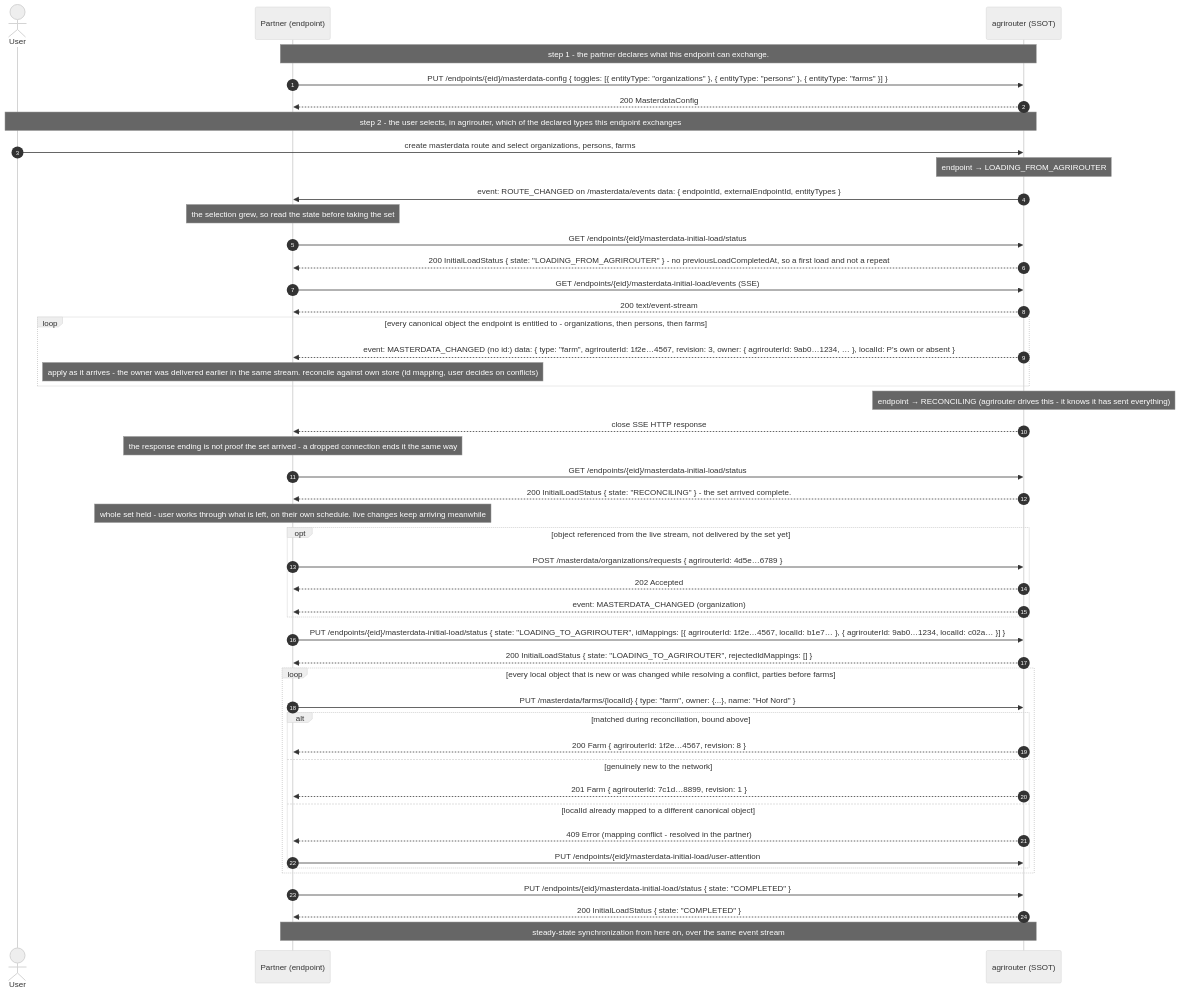
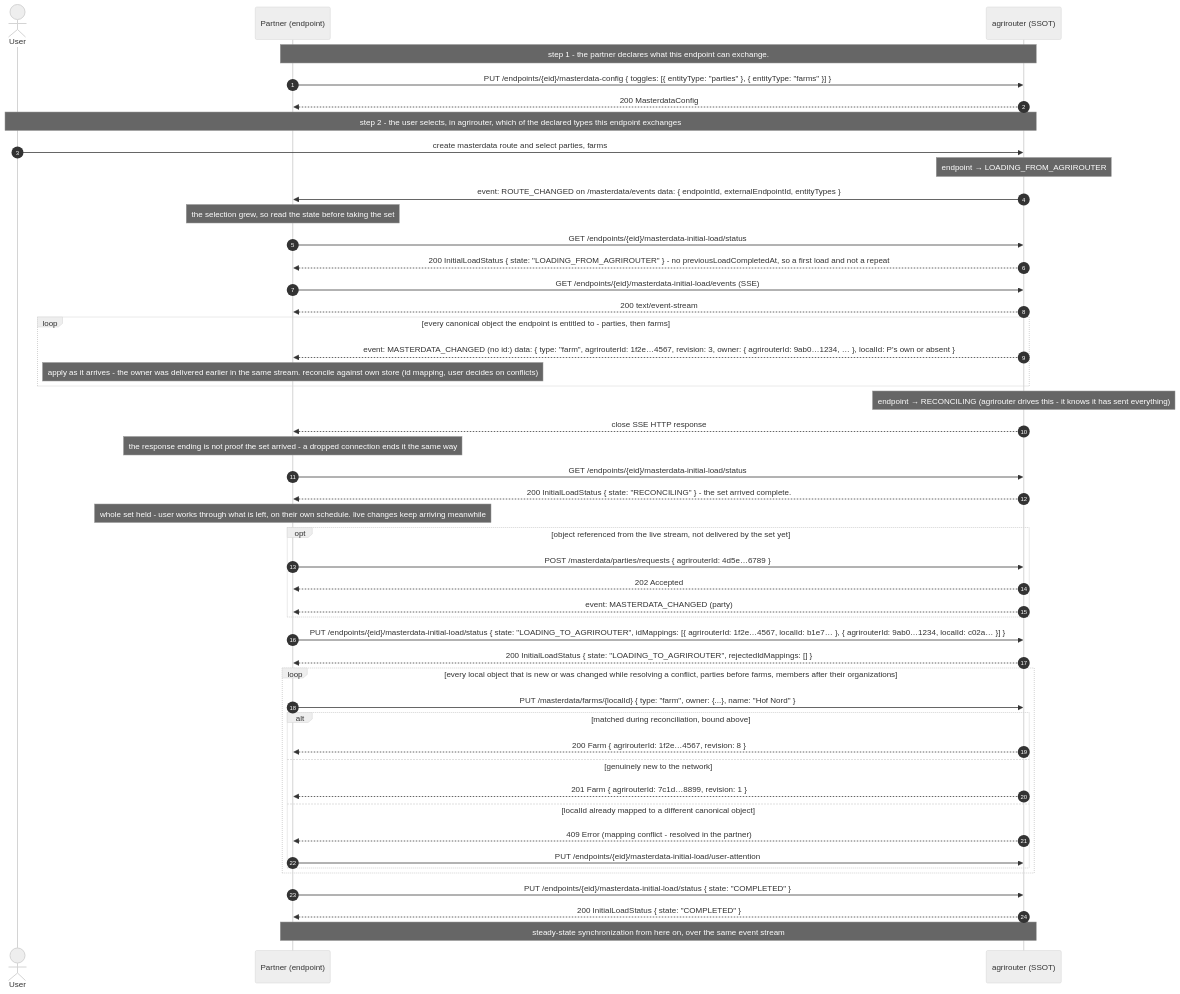
One commit to DKE-Data/masterdata-sync-working-group changed the second of 3 diagrams in architecture/06-initial-load.md. Above: the diagram before and after it, drawn with Mermaid (neutral theme). The commit also changed other lines of this file and 8 other files, not shown here.

Commit message:
spec: conflate person and organization into party entity

````diff
--- a/architecture/06-initial-load.md
+++ b/architecture/06-initial-load.md
@@ -94,56 +94,56 @@
 ```mermaid
 %% ceasg:{"id":"8xpvwi5e"} %%
 sequenceDiagram
     autonumber
     actor U as User
     participant P as Partner (endpoint)
     participant AR as agrirouter (SSOT)
 
     Note over P,AR: step 1 - the partner declares what this endpoint can exchange.
-    P->>AR: PUT /endpoints/{eid}/masterdata-config { toggles: [{ entityType: "organizations" }, { entityType: "persons" }, { entityType: "farms" }] }
+    P->>AR: PUT /endpoints/{eid}/masterdata-config { toggles: [{ entityType: "parties" }, { entityType: "farms" }] }
     AR-->>P: 200 MasterdataConfig
     Note over U,AR: step 2 - the user selects, in agrirouter, which of the declared types this endpoint exchanges
-    U->>AR: create masterdata route and select organizations, persons, farms
+    U->>AR: create masterdata route and select parties, farms
     Note over AR: endpoint → LOADING_FROM_AGRIROUTER
     AR->>P: event: ROUTE_CHANGED on /masterdata/events data: { endpointId, externalEndpointId, entityTypes }
 
     Note over P: the selection grew, so read the state before taking the set
     P->>AR: GET /endpoints/{eid}/masterdata-initial-load/status
     AR-->>P: 200 InitialLoadStatus { state: "LOADING_FROM_AGRIROUTER" } - no previousLoadCompletedAt, so a first load and not a repeat
     P->>AR: GET /endpoints/{eid}/masterdata-initial-load/events (SSE)
     AR-->>P: 200 text/event-stream
-    loop every canonical object the endpoint is entitled to - organizations, then persons, then farms
+    loop every canonical object the endpoint is entitled to - parties, then farms
         AR-->>P: event: MASTERDATA_CHANGED (no id:) data: { type: "farm", agrirouterId: 1f2e…4567, revision: 3, owner: { agrirouterId: 9ab0…1234, … }, localId: P's own or absent }
         Note over P: apply as it arrives - the owner was delivered earlier in the same stream. reconcile against own store (id mapping, user decides on conflicts)
     end
     Note over AR: endpoint → RECONCILING (agrirouter drives this - it knows it has sent everything)
     AR-->>P: close SSE HTTP response
     Note over P: the response ending is not proof the set arrived - a dropped connection ends it the same way
     P->>AR: GET /endpoints/{eid}/masterdata-initial-load/status
     AR-->>P: 200 InitialLoadStatus { state: "RECONCILING" } - the set arrived complete.
     Note over P: whole set held - user works through what is left, on their own schedule. live changes keep arriving meanwhile
     opt object referenced from the live stream, not delivered by the set yet
-        P->>AR: POST /masterdata/organizations/requests { agrirouterId: 4d5e…6789 }
+        P->>AR: POST /masterdata/parties/requests { agrirouterId: 4d5e…6789 }
         AR-->>P: 202 Accepted
-        AR-->>P: event: MASTERDATA_CHANGED (organization)
+        AR-->>P: event: MASTERDATA_CHANGED (party)
     end
 
     P->>AR: PUT /endpoints/{eid}/masterdata-initial-load/status { state: "LOADING_TO_AGRIROUTER", idMappings: [{ agrirouterId: 1f2e…4567, localId: b1e7… }, { agrirouterId: 9ab0…1234, localId: c02a… }] }
     AR-->>P: 200 InitialLoadStatus { state: "LOADING_TO_AGRIROUTER", rejectedIdMappings: [] }
 
-    loop every local object that is new or was changed while resolving a conflict, parties before farms
+    loop every local object that is new or was changed while resolving a conflict, parties before farms, members after their organizations
         P->>AR: PUT /masterdata/farms/{localId} { type: "farm", owner: {...}, name: "Hof Nord" }
         alt matched during reconciliation, bound above
             AR-->>P: 200 Farm { agrirouterId: 1f2e…4567, revision: 8 }
         else genuinely new to the network
             AR-->>P: 201 Farm { agrirouterId: 7c1d…8899, revision: 1 }
         else localId already mapped to a different canonical object
             AR-->>P: 409 Error (mapping conflict - resolved in the partner)
             P->>AR: PUT /endpoints/{eid}/masterdata-initial-load/user-attention
         end
     end
 
     P->>AR: PUT /endpoints/{eid}/masterdata-initial-load/status { state: "COMPLETED" }
     AR-->>P: 200 InitialLoadStatus { state: "COMPLETED" }
     Note over P,AR: steady-state synchronization from here on, over the same event stream
 ```
````
